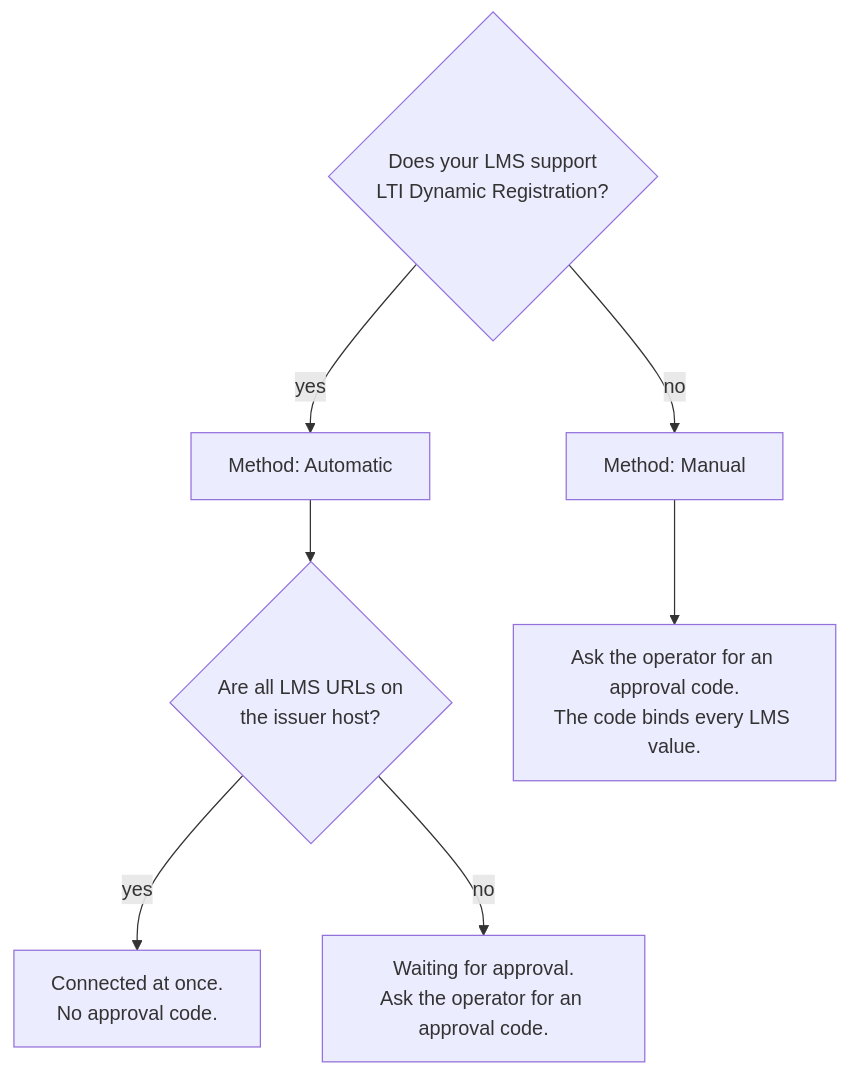
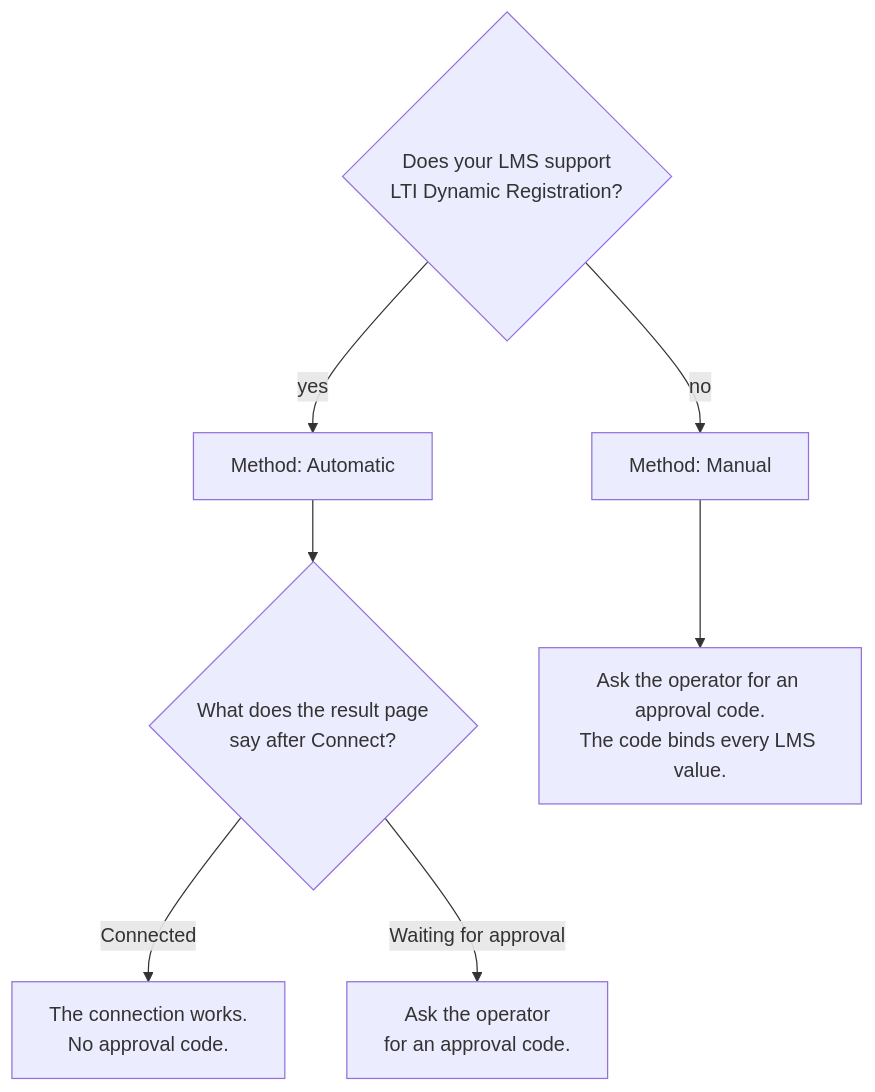
Before and after one commit to nguyenthanhquang152/cogniate_moodle_integration_prototype: the diagram in docs/guides/ltiaas/lti-generic-admin.md, drawn with Mermaid. The commit also changed other lines of this file and 3 other files, not shown here.

````diff
--- a/docs/guides/ltiaas/lti-generic-admin.md
+++ b/docs/guides/ltiaas/lti-generic-admin.md
@@ -36,9 +36,9 @@
 ```mermaid
 flowchart TD
   A{Does your LMS support<br/>LTI Dynamic Registration?} -->|yes| B[Method: Automatic]
   A -->|no| M[Method: Manual]
-  B --> C{Are all LMS URLs on<br/>the issuer host?}
-  C -->|yes| D[Connected at once.<br/>No approval code.]
-  C -->|no| E[Waiting for approval.<br/>Ask the operator for an approval code.]
+  B --> C{What does the result page<br/>say after Connect?}
+  C -->|Connected| D[The connection works.<br/>No approval code.]
+  C -->|Waiting for approval| E[Ask the operator<br/>for an approval code.]
   M --> F[Ask the operator for an approval code.<br/>The code binds every LMS value.]
 ```
````
